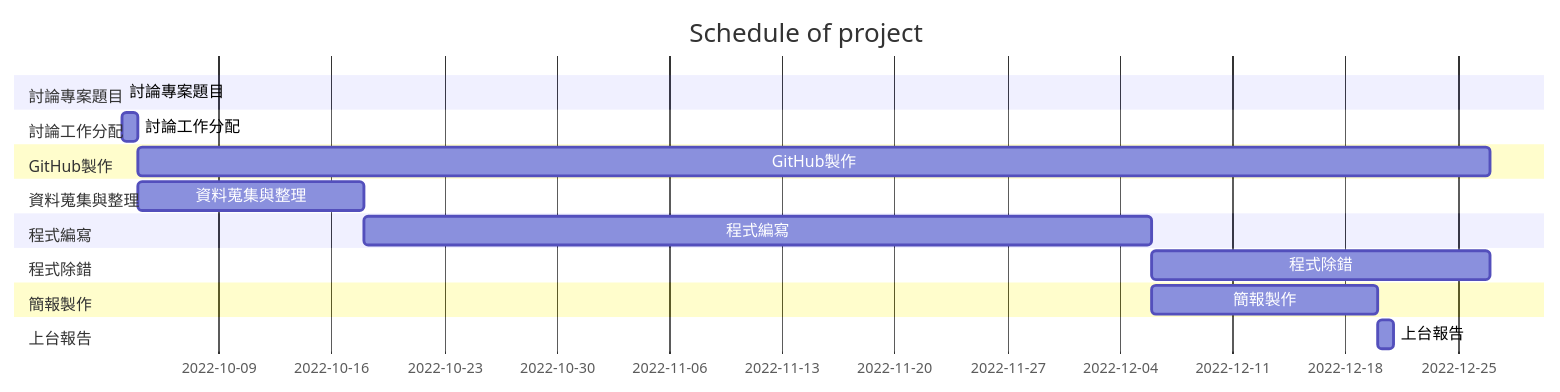
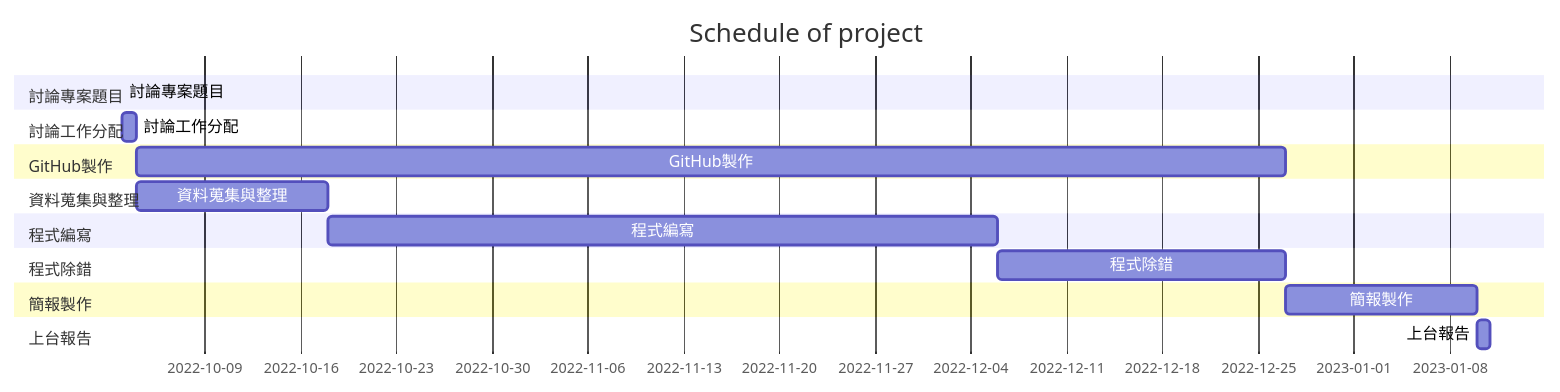
Before and after one commit to Zhiyupan237/Group3: the diagram in README.md, drawn with Mermaid.

Commit message:
Update Gantt chart

````diff
--- a/README.md
+++ b/README.md
@@ -24,21 +24,21 @@
 ```mermaid
 gantt
     title Schedule of project
 
     section 討論專案題目
     討論專案題目      :active,  des1,2022-10-03  , 2022-10-04
     section 討論工作分配
     討論工作分配      :         des2, after des1 , 1d
     section GitHub製作
     GitHub製作     :         des3, after des2  , 84d
     section 資料蒐集與整理
     資料蒐集與整理      :         des4, after des2  , 14d
     section 程式編寫
     程式編寫      :         des5, after des4  , 49d
     section 程式除錯
     程式除錯      :         des6, after des5  , 21d
     section 簡報製作
-    簡報製作      :         des7, after des5  , 14d
+    簡報製作      :         des7, after des3  , 14d
     section 上台報告
     上台報告      :         des8, after des7  , 1d
 ```
````
